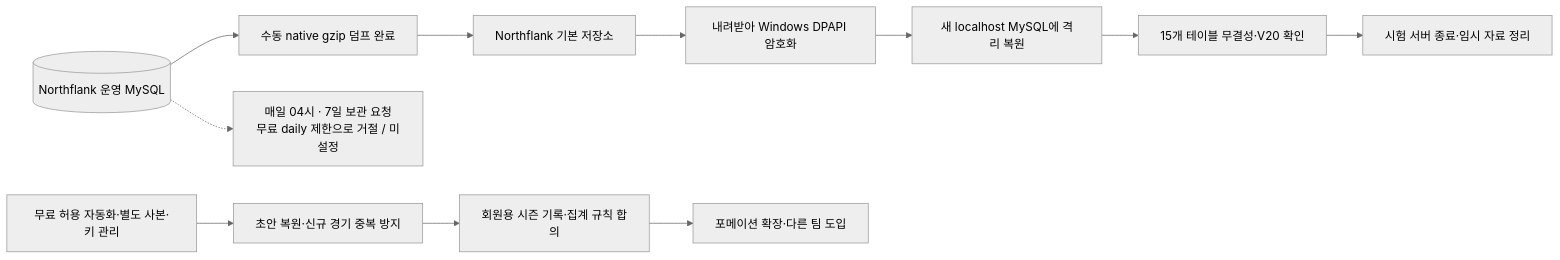
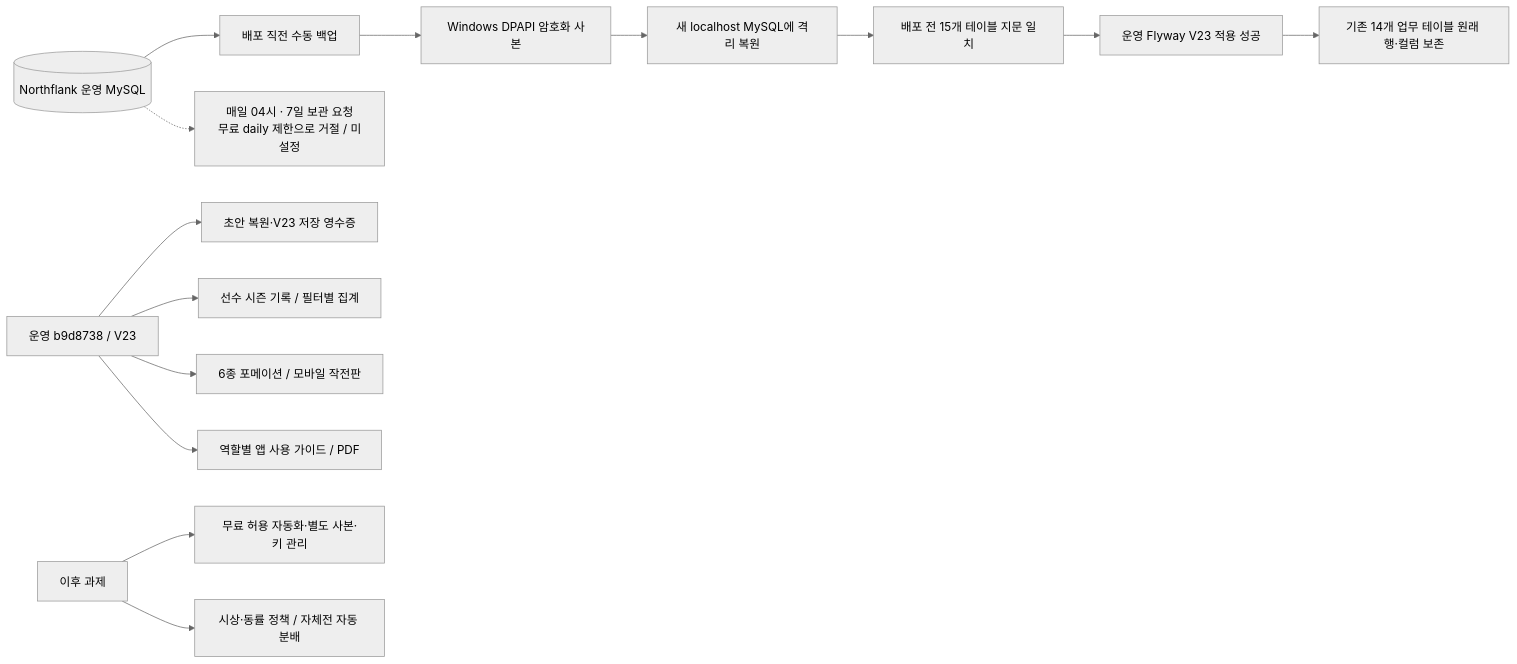
Before and after one commit to ksmlucky/jochook-on: the fourth of 4 diagrams in docs/system-overview.md, drawn with Mermaid (neutral theme). The commit also changed other lines of this file and 24 other files, not shown here.

Commit message:
docs: confirm October feature release and update guides and diagrams [skip ci]

````diff
--- a/docs/system-overview.md
+++ b/docs/system-overview.md
@@ -113,13 +146,16 @@
 ```mermaid
 flowchart LR
-    DB[(Northflank 운영 MySQL)] --> DUMP[수동 native gzip 덤프 완료]
-    DUMP --> NATIVE[Northflank 기본 저장소]
-    NATIVE --> LOCAL[내려받아 Windows DPAPI 암호화]
+    DB[(Northflank 운영 MySQL)] --> DUMP[배포 직전 수동 백업]
+    DUMP --> LOCAL[Windows DPAPI 암호화 사본]
     LOCAL --> RESTORE[새 localhost MySQL에 격리 복원]
-    RESTORE --> VERIFY[15개 테이블 무결성·V20 확인]
-    VERIFY --> CLEAN[시험 서버 종료·임시 자료 정리]
+    RESTORE --> VERIFY[배포 전 15개 테이블 지문 일치]
+    VERIFY --> MIGRATE[운영 Flyway V23 적용 성공]
+    MIGRATE --> PRESERVE[기존 14개 업무 테이블 원래 행·컬럼 보존]
     DB -.-> AUTO["매일 04시 · 7일 보관 요청<br/>무료 daily 제한으로 거절 / 미설정"]
-    NEXT[무료 허용 자동화·별도 사본·키 관리] --> DRAFT[초안 복원·신규 경기 중복 방지]
-    DRAFT --> STATS[회원용 시즌 기록·집계 규칙 합의]
-    STATS --> FORM[포메이션 확장·다른 팀 도입]
+    RELEASE["운영 b9d8738 / V23"] --> DRAFT[초안 복원·V23 저장 영수증]
+    RELEASE --> STATS[선수 시즌 기록 / 필터별 집계]
+    RELEASE --> FORM[6종 포메이션 / 모바일 작전판]
+    RELEASE --> GUIDE[역할별 앱 사용 가이드 / PDF]
+    NEXT[이후 과제] --> AUTO2[무료 허용 자동화·별도 사본·키 관리]
+    NEXT --> POLICY[시상·동률 정책 / 자체전 자동 분배]
 ```
````
